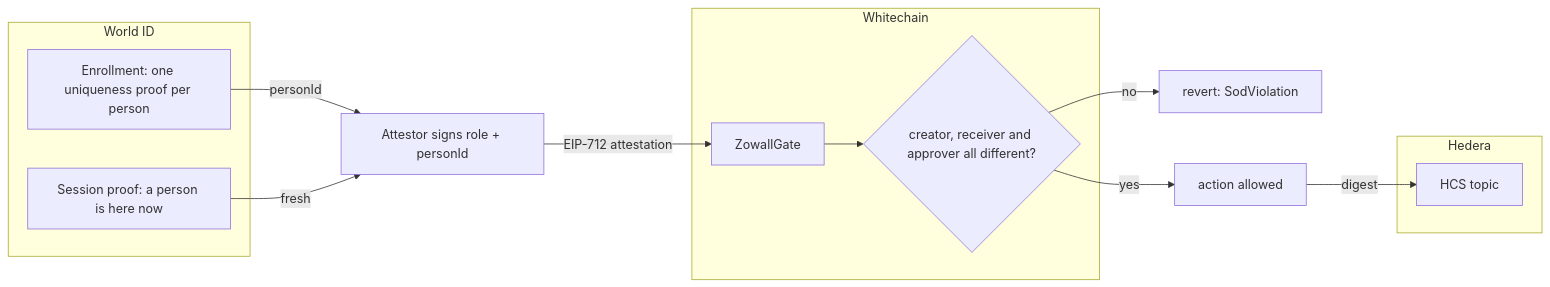
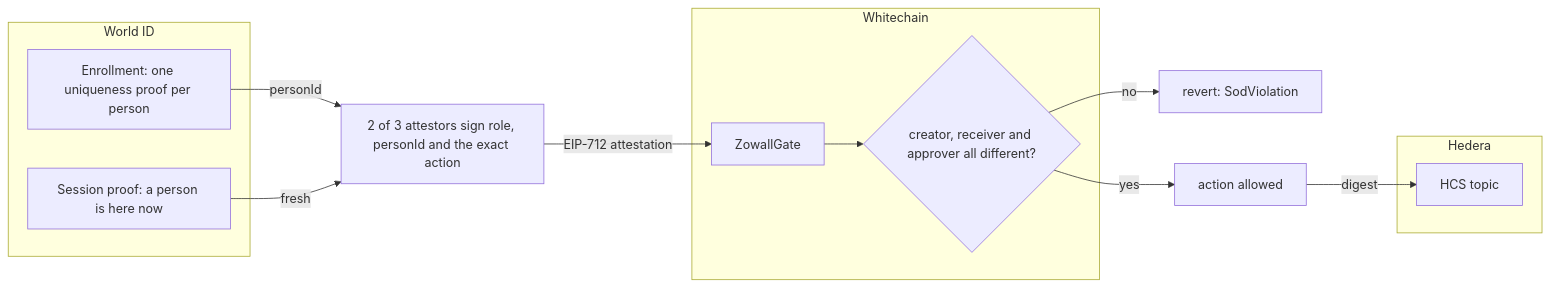
Before and after one commit to Khalid-000-ME/zowall: the second of 7 diagrams in README.md, drawn with Mermaid. The commit also changed other lines of this file and 2 other files, not shown here.

Commit message:
docs: README for the platform, new flow diagrams, refreshed architecture

````diff
--- a/README.md
+++ b/README.md
@@ -213,21 +224,21 @@
 ```mermaid
 flowchart LR
   subgraph WORLD["World ID"]
     E["Enrollment: one uniqueness proof per person"]
     S["Session proof: a person is here now"]
   end
   subgraph WC["Whitechain"]
     G["ZowallGate"]
     D{"creator, receiver and approver all different?"}
   end
   subgraph HD["Hedera"]
     T["HCS topic"]
   end
-  E -->|personId| ATT["Attestor signs role + personId"]
+  E -->|personId| ATT["2 of 3 attestors sign role, personId and the exact action"]
   S -->|fresh| ATT
   ATT -->|EIP-712 attestation| G
   G --> D
   D -->|no| X["revert: SodViolation"]
   D -->|yes| OK["action allowed"]
   OK -->|digest| T
 ```
````
